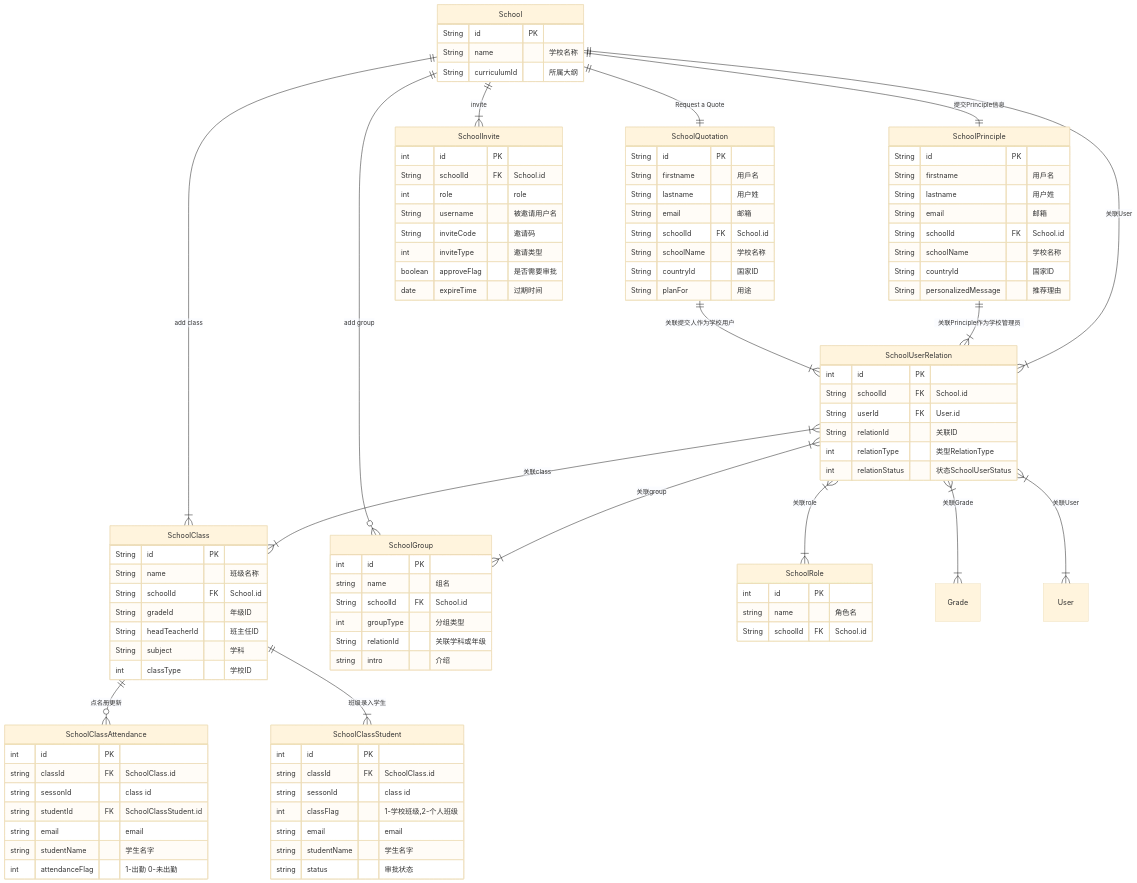
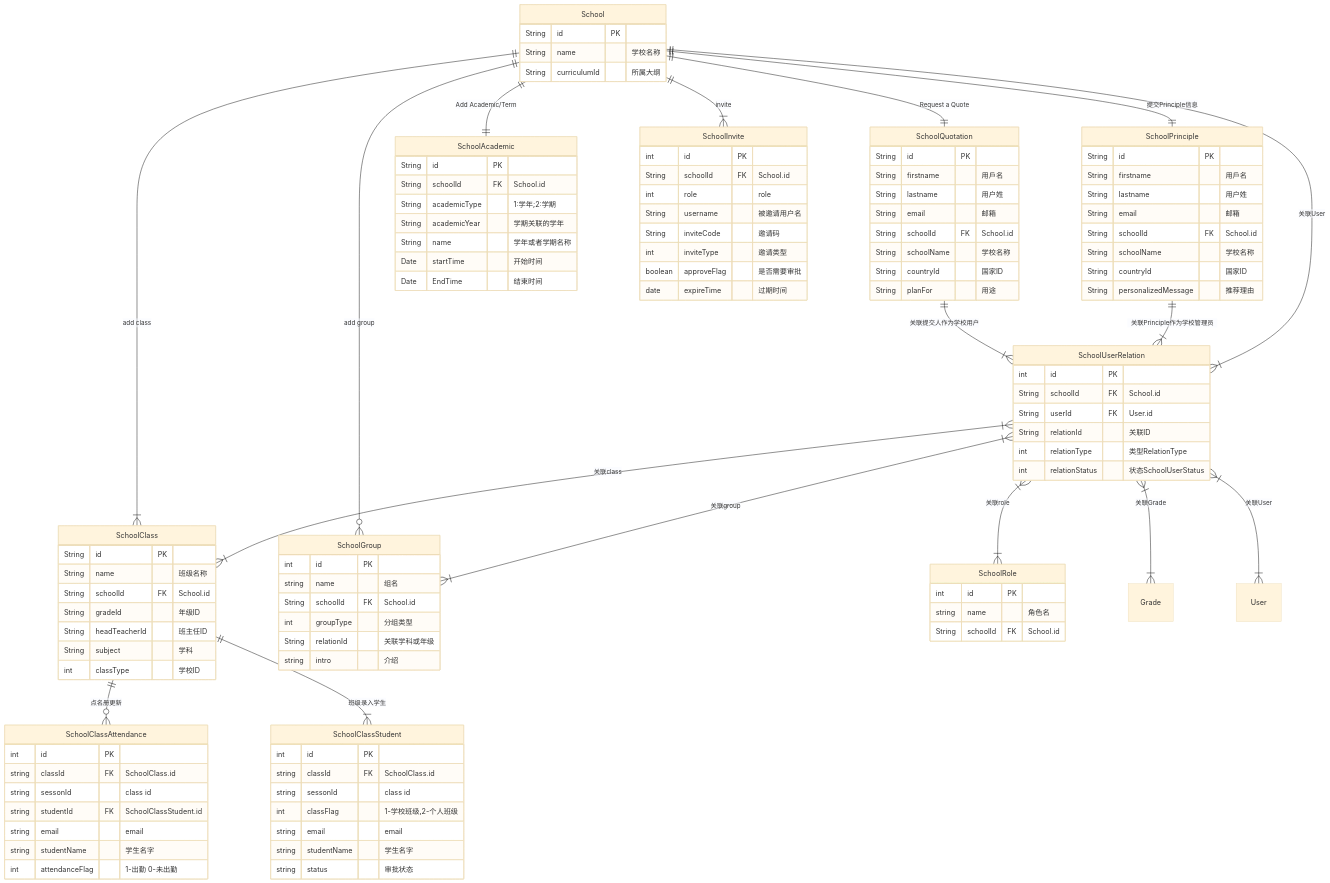
The diagram in uml/school.md (zran-nz/doc), drawn with Mermaid (base theme) before and after one commit.

```diff
--- a/uml/school.md
+++ b/uml/school.md
@@ -31,6 +31,16 @@
   String schoolName "学校名称"
   String countryId "国家ID"
   String personalizedMessage "推荐理由"
+}
+School ||--||SchoolAcademic : "Add Academic/Term"
+SchoolAcademic{
+  String id PK
+  String schoolId FK "School.id"
+  String academicType "1:学年;2:学期"
+  String academicYear "学期关联的学年"
+  String name "学年或者学期名称"
+  Date startTime "开始时间"
+  Date EndTime "结束时间"
 }
 SchoolInvite{
  int id PK
```
